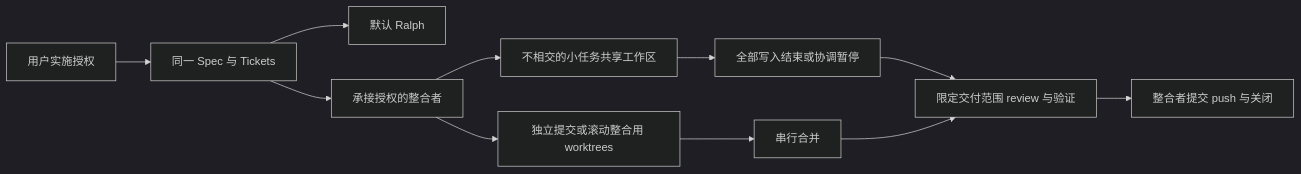
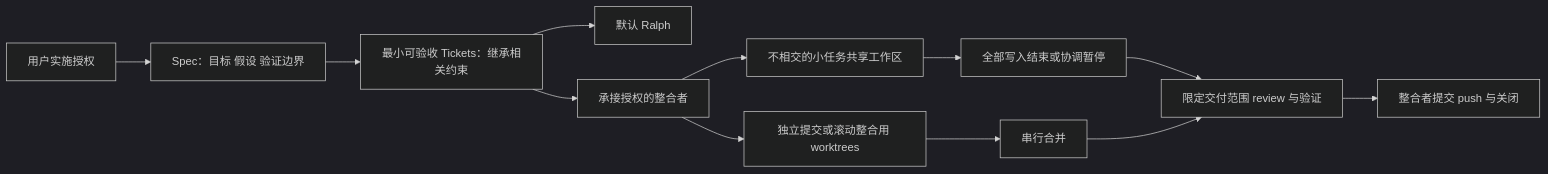
One commit to liu-qingyuan/skills-sync-lqy changed the second of 8 diagrams in docs/architecture/spec-implementation.md. Above: the diagram before and after it, drawn with Mermaid (dark theme). The commit also changed other lines of this file and 10 other files, not shown here.

````diff
--- a/docs/architecture/spec-implementation.md
+++ b/docs/architecture/spec-implementation.md
@@ -19,12 +21,13 @@
 ```mermaid
 flowchart LR
-    User["用户实施授权"] --> Plan["同一 Spec 与 Tickets"]
-    Plan --> Ralph["默认 Ralph"]
-    Plan --> C["承接授权的整合者"]
+    User["用户实施授权"] --> Plan["Spec：目标 假设 验证边界"]
+    Plan --> Tickets["最小可验收 Tickets：继承相关约束"]
+    Tickets --> Ralph["默认 Ralph"]
+    Tickets --> C["承接授权的整合者"]
     C --> Shared["不相交的小任务共享工作区"]
     C --> Isolated["独立提交或滚动整合用 worktrees"]
     Shared --> Quiet["全部写入结束或协调暂停"]
     Isolated --> Merge["串行合并"]
     Quiet --> Review["限定交付范围 review 与验证"]
     Merge --> Review --> Delivery["整合者提交 push 与关闭"]
 ```
````
